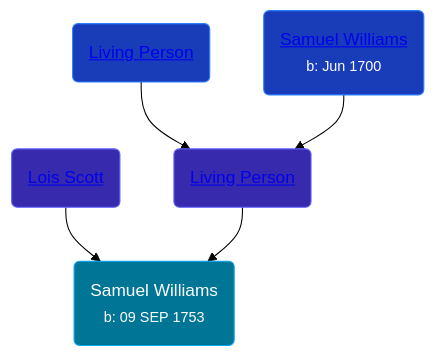
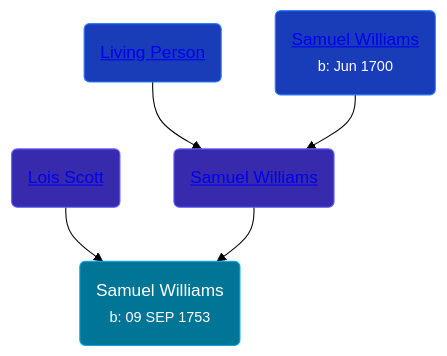
One commit to wpmgotkh/wpmgotkh.github.io changed the diagram in pages/people/6/659680.md. Above: the diagram before and after it, drawn with Mermaid (forest theme). The commit also changed other lines of this file and 586 other files, not shown here.

Commit message:
feat: better shouldConsiderPersonLiving algo

````diff
--- a/pages/people/6/659680.md
+++ b/pages/people/6/659680.md
@@ -11,11 +11,11 @@
 ```mermaid
 graph
 classDef grands fill:#193cb8,stroke:#2b7fff,stroke-width:1px,color:#fff;
 classDef parents fill:#372aac,stroke:#615fff,stroke-width:1px,color:#fff;
 classDef primary fill:#007595,stroke:#00a6f4,stroke-width:1px,color:#fff;
 659680(Samuel Williams<br /><small>b: 09 SEP 1753</small>):::primary
 31542750(<a class="text-white" href="/people/3/31542750">Lois Scott</a>):::parents-->659680
-55971024(<a class="text-white" href="/people/5/55971024">Living Person</a>):::parents-->659680
+55971024(<a class="text-white" href="/people/5/55971024">Samuel Williams</a>):::parents-->659680
 27215076(<a class="text-white" href="/people/2/27215076">Living Person</a>):::grands-->55971024
 90108080(<a class="text-white" href="/people/9/90108080">Samuel Williams</a><br /><small>b: Jun 1700</small>):::grands-->55971024
 ```
````
